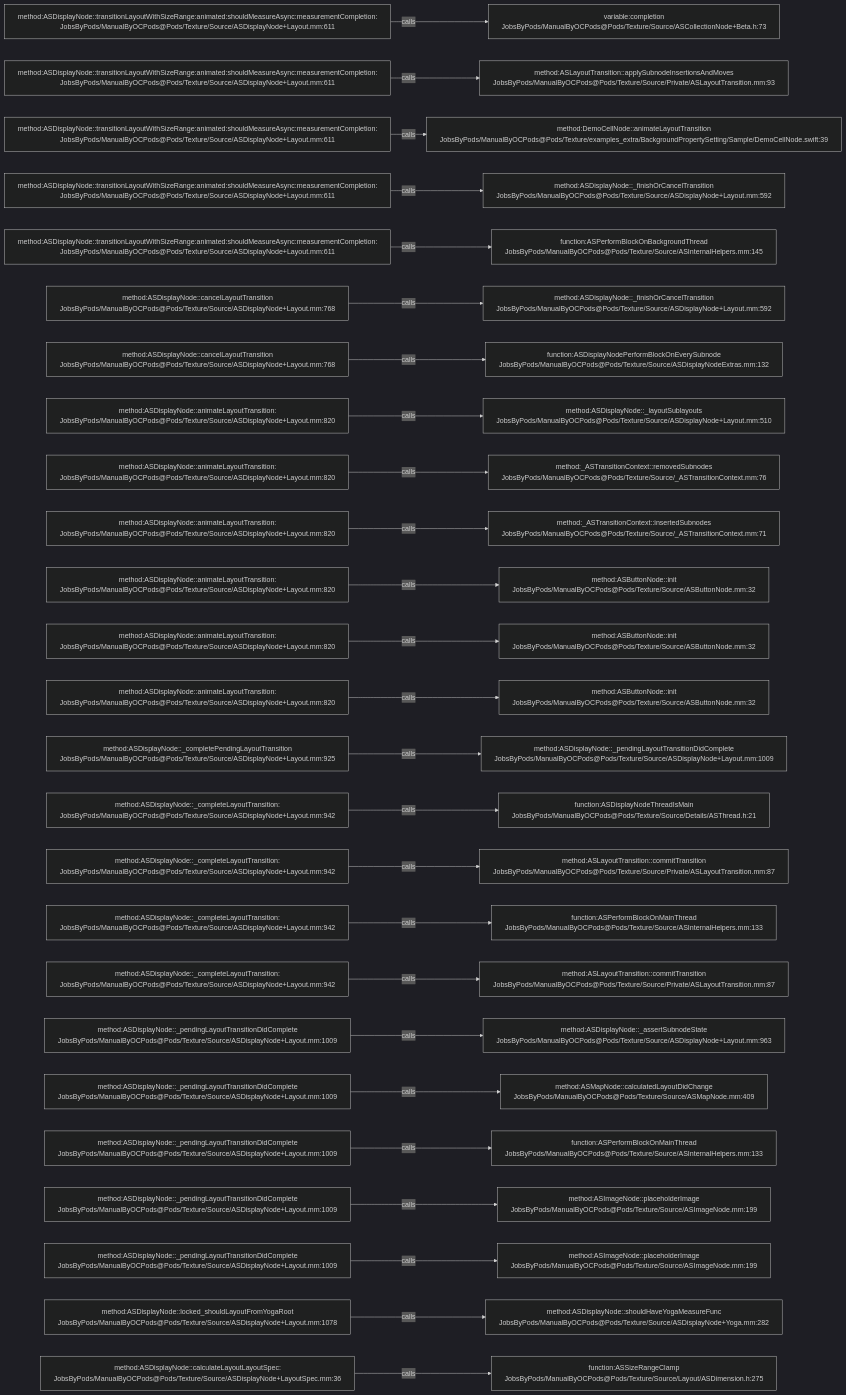
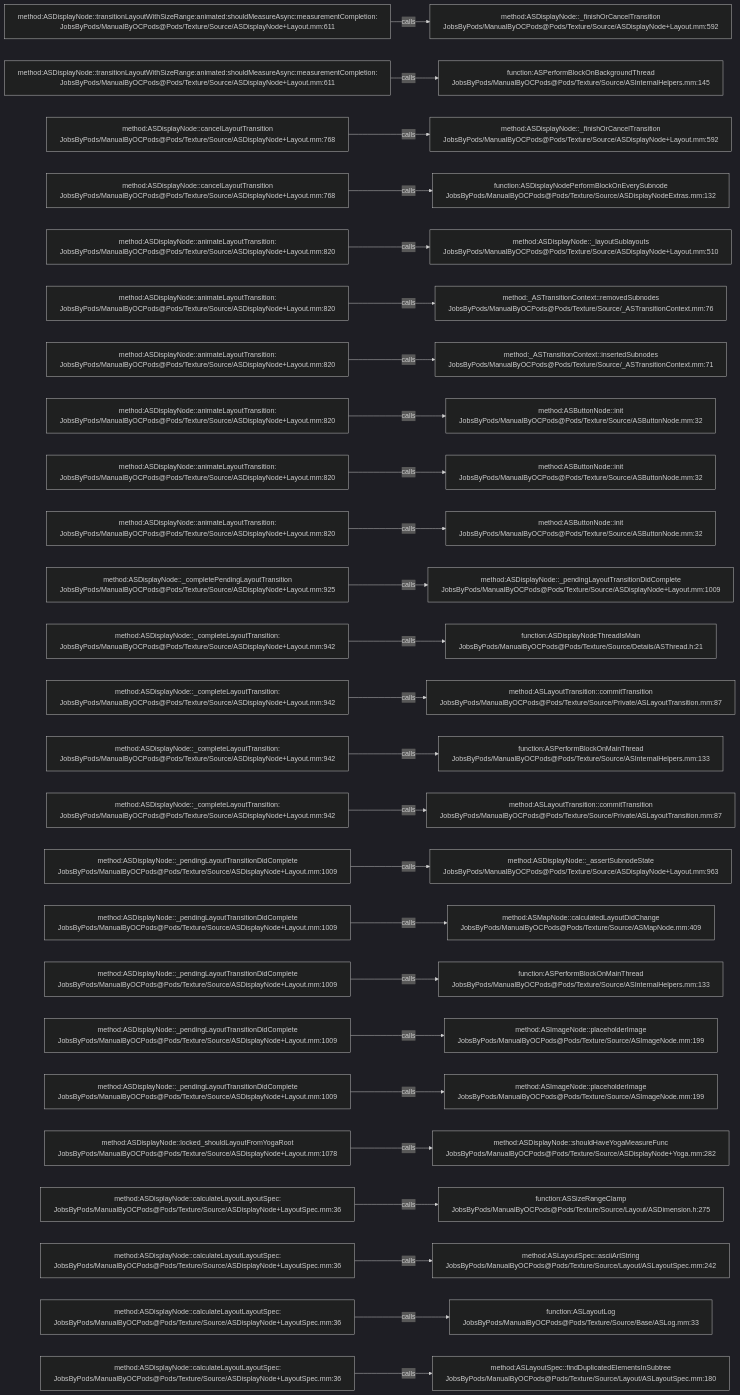
Before and after one commit to JobsKits/JobsOCBaseConfigDemo: the diagram in .codegraph/codegraph.md/graphs/calls-095.md, drawn with Mermaid (dark theme). The commit also changed 342 other files, not shown here.

````diff
--- a/.codegraph/codegraph.md/graphs/calls-095.md
+++ b/.codegraph/codegraph.md/graphs/calls-095.md
@@ -13,78 +13,78 @@
 ```mermaid
 flowchart LR
   S1["method:ASDisplayNode::transitionLayoutWithSizeRange:animated:shouldMeasureAsync:measurementCompletion:<br/>JobsByPods/ManualByOCPods@Pods/Texture/Source/ASDisplayNode+Layout.mm:611"]
-  T1["variable:completion<br/>JobsByPods/ManualByOCPods@Pods/Texture/Source/ASCollectionNode+Beta.h:73"]
+  T1["method:ASDisplayNode::_finishOrCancelTransition<br/>JobsByPods/ManualByOCPods@Pods/Texture/Source/ASDisplayNode+Layout.mm:592"]
   S1 -->|calls| T1
   S2["method:ASDisplayNode::transitionLayoutWithSizeRange:animated:shouldMeasureAsync:measurementCompletion:<br/>JobsByPods/ManualByOCPods@Pods/Texture/Source/ASDisplayNode+Layout.mm:611"]
-  T2["method:ASLayoutTransition::applySubnodeInsertionsAndMoves<br/>JobsByPods/ManualByOCPods@Pods/Texture/Source/Private/ASLayoutTransition.mm:93"]
+  T2["function:ASPerformBlockOnBackgroundThread<br/>JobsByPods/ManualByOCPods@Pods/Texture/Source/ASInternalHelpers.mm:145"]
   S2 -->|calls| T2
-  S3["method:ASDisplayNode::transitionLayoutWithSizeRange:animated:shouldMeasureAsync:measurementCompletion:<br/>JobsByPods/ManualByOCPods@Pods/Texture/Source/ASDisplayNode+Layout.mm:611"]
-  T3["method:DemoCellNode::animateLayoutTransition<br/>JobsByPods/ManualByOCPods@Pods/Texture/examples_extra/BackgroundPropertySetting/Sample/DemoCellNode.swift:39"]
+  S3["method:ASDisplayNode::cancelLayoutTransition<br/>JobsByPods/ManualByOCPods@Pods/Texture/Source/ASDisplayNode+Layout.mm:768"]
+  T3["method:ASDisplayNode::_finishOrCancelTransition<br/>JobsByPods/ManualByOCPods@Pods/Texture/Source/ASDisplayNode+Layout.mm:592"]
   S3 -->|calls| T3
-  S4["method:ASDisplayNode::transitionLayoutWithSizeRange:animated:shouldMeasureAsync:measurementCompletion:<br/>JobsByPods/ManualByOCPods@Pods/Texture/Source/ASDisplayNode+Layout.mm:611"]
-  T4["method:ASDisplayNode::_finishOrCancelTransition<br/>JobsByPods/ManualByOCPods@Pods/Texture/Source/ASDisplayNode+Layout.mm:592"]
+  S4["method:ASDisplayNode::cancelLayoutTransition<br/>JobsByPods/ManualByOCPods@Pods/Texture/Source/ASDisplayNode+Layout.mm:768"]
+  T4["function:ASDisplayNodePerformBlockOnEverySubnode<br/>JobsByPods/ManualByOCPods@Pods/Texture/Source/ASDisplayNodeExtras.mm:132"]
   S4 -->|calls| T4
-  S5["method:ASDisplayNode::transitionLayoutWithSizeRange:animated:shouldMeasureAsync:measurementCompletion:<br/>JobsByPods/ManualByOCPods@Pods/Texture/Source/ASDisplayNode+Layout.mm:611"]
-  T5["function:ASPerformBlockOnBackgroundThread<br/>JobsByPods/ManualByOCPods@Pods/Texture/Source/ASInternalHelpers.mm:145"]
+  S5["method:ASDisplayNode::animateLayoutTransition:<br/>JobsByPods/ManualByOCPods@Pods/Texture/Source/ASDisplayNode+Layout.mm:820"]
+  T5["method:ASDisplayNode::_layoutSublayouts<br/>JobsByPods/ManualByOCPods@Pods/Texture/Source/ASDisplayNode+Layout.mm:510"]
   S5 -->|calls| T5
-  S6["method:ASDisplayNode::cancelLayoutTransition<br/>JobsByPods/ManualByOCPods@Pods/Texture/Source/ASDisplayNode+Layout.mm:768"]
-  T6["method:ASDisplayNode::_finishOrCancelTransition<br/>JobsByPods/ManualByOCPods@Pods/Texture/Source/ASDisplayNode+Layout.mm:592"]
+  S6["method:ASDisplayNode::animateLayoutTransition:<br/>JobsByPods/ManualByOCPods@Pods/Texture/Source/ASDisplayNode+Layout.mm:820"]
+  T6["method:_ASTransitionContext::removedSubnodes<br/>JobsByPods/ManualByOCPods@Pods/Texture/Source/_ASTransitionContext.mm:76"]
   S6 -->|calls| T6
-  S7["method:ASDisplayNode::cancelLayoutTransition<br/>JobsByPods/ManualByOCPods@Pods/Texture/Source/ASDisplayNode+Layout.mm:768"]
-  T7["function:ASDisplayNodePerformBlockOnEverySubnode<br/>JobsByPods/ManualByOCPods@Pods/Texture/Source/ASDisplayNodeExtras.mm:132"]
+  S7["method:ASDisplayNode::animateLayoutTransition:<br/>JobsByPods/ManualByOCPods@Pods/Texture/Source/ASDisplayNode+Layout.mm:820"]
+  T7["method:_ASTransitionContext::insertedSubnodes<br/>JobsByPods/ManualByOCPods@Pods/Texture/Source/_ASTransitionContext.mm:71"]
   S7 -->|calls| T7
   S8["method:ASDisplayNode::animateLayoutTransition:<br/>JobsByPods/ManualByOCPods@Pods/Texture/Source/ASDisplayNode+Layout.mm:820"]
-  T8["method:ASDisplayNode::_layoutSublayouts<br/>JobsByPods/ManualByOCPods@Pods/Texture/Source/ASDisplayNode+Layout.mm:510"]
+  T8["method:ASButtonNode::init<br/>JobsByPods/ManualByOCPods@Pods/Texture/Source/ASButtonNode.mm:32"]
   S8 -->|calls| T8
   S9["method:ASDisplayNode::animateLayoutTransition:<br/>JobsByPods/ManualByOCPods@Pods/Texture/Source/ASDisplayNode+Layout.mm:820"]
-  T9["method:_ASTransitionContext::removedSubnodes<br/>JobsByPods/ManualByOCPods@Pods/Texture/Source/_ASTransitionContext.mm:76"]
+  T9["method:ASButtonNode::init<br/>JobsByPods/ManualByOCPods@Pods/Texture/Source/ASButtonNode.mm:32"]
   S9 -->|calls| T9
   S10["method:ASDisplayNode::animateLayoutTransition:<br/>JobsByPods/ManualByOCPods@Pods/Texture/Source/ASDisplayNode+Layout.mm:820"]
-  T10["method:_ASTransitionContext::insertedSubnodes<br/>JobsByPods/ManualByOCPods@Pods/Texture/Source/_ASTransitionContext.mm:71"]
+  T10["method:ASButtonNode::init<br/>JobsByPods/ManualByOCPods@Pods/Texture/Source/ASButtonNode.mm:32"]
   S10 -->|calls| T10
-  S11["method:ASDisplayNode::animateLayoutTransition:<br/>JobsByPods/ManualByOCPods@Pods/Texture/Source/ASDisplayNode+Layout.mm:820"]
-  T11["method:ASButtonNode::init<br/>JobsByPods/ManualByOCPods@Pods/Texture/Source/ASButtonNode.mm:32"]
+  S11["method:ASDisplayNode::_completePendingLayoutTransition<br/>JobsByPods/ManualByOCPods@Pods/Texture/Source/ASDisplayNode+Layout.mm:925"]
+  T11["method:ASDisplayNode::_pendingLayoutTransitionDidComplete<br/>JobsByPods/ManualByOCPods@Pods/Texture/Source/ASDisplayNode+Layout.mm:1009"]
   S11 -->|calls| T11
-  S12["method:ASDisplayNode::animateLayoutTransition:<br/>JobsByPods/ManualByOCPods@Pods/Texture/Source/ASDisplayNode+Layout.mm:820"]
-  T12["method:ASButtonNode::init<br/>JobsByPods/ManualByOCPods@Pods/Texture/Source/ASButtonNode.mm:32"]
+  S12["method:ASDisplayNode::_completeLayoutTransition:<br/>JobsByPods/ManualByOCPods@Pods/Texture/Source/ASDisplayNode+Layout.mm:942"]
+  T12["function:ASDisplayNodeThreadIsMain<br/>JobsByPods/ManualByOCPods@Pods/Texture/Source/Details/ASThread.h:21"]
   S12 -->|calls| T12
-  S13["method:ASDisplayNode::animateLayoutTransition:<br/>JobsByPods/ManualByOCPods@Pods/Texture/Source/ASDisplayNode+Layout.mm:820"]
-  T13["method:ASButtonNode::init<br/>JobsByPods/ManualByOCPods@Pods/Texture/Source/ASButtonNode.mm:32"]
+  S13["method:ASDisplayNode::_completeLayoutTransition:<br/>JobsByPods/ManualByOCPods@Pods/Texture/Source/ASDisplayNode+Layout.mm:942"]
+  T13["method:ASLayoutTransition::commitTransition<br/>JobsByPods/ManualByOCPods@Pods/Texture/Source/Private/ASLayoutTransition.mm:87"]
   S13 -->|calls| T13
-  S14["method:ASDisplayNode::_completePendingLayoutTransition<br/>JobsByPods/ManualByOCPods@Pods/Texture/Source/ASDisplayNode+Layout.mm:925"]
-  T14["method:ASDisplayNode::_pendingLayoutTransitionDidComplete<br/>JobsByPods/ManualByOCPods@Pods/Texture/Source/ASDisplayNode+Layout.mm:1009"]
+  S14["method:ASDisplayNode::_completeLayoutTransition:<br/>JobsByPods/ManualByOCPods@Pods/Texture/Source/ASDisplayNode+Layout.mm:942"]
+  T14["function:ASPerformBlockOnMainThread<br/>JobsByPods/ManualByOCPods@Pods/Texture/Source/ASInternalHelpers.mm:133"]
   S14 -->|calls| T14
   S15["method:ASDisplayNode::_completeLayoutTransition:<br/>JobsByPods/ManualByOCPods@Pods/Texture/Source/ASDisplayNode+Layout.mm:942"]
-  T15["function:ASDisplayNodeThreadIsMain<br/>JobsByPods/ManualByOCPods@Pods/Texture/Source/Details/ASThread.h:21"]
+  T15["method:ASLayoutTransition::commitTransition<br/>JobsByPods/ManualByOCPods@Pods/Texture/Source/Private/ASLayoutTransition.mm:87"]
   S15 -->|calls| T15
-  S16["method:ASDisplayNode::_completeLayoutTransition:<br/>JobsByPods/ManualByOCPods@Pods/Texture/Source/ASDisplayNode+Layout.mm:942"]
-  T16["method:ASLayoutTransition::commitTransition<br/>JobsByPods/ManualByOCPods@Pods/Texture/Source/Private/ASLayoutTransition.mm:87"]
+  S16["method:ASDisplayNode::_pendingLayoutTransitionDidComplete<br/>JobsByPods/ManualByOCPods@Pods/Texture/Source/ASDisplayNode+Layout.mm:1009"]
+  T16["method:ASDisplayNode::_assertSubnodeState<br/>JobsByPods/ManualByOCPods@Pods/Texture/Source/ASDisplayNode+Layout.mm:963"]
   S16 -->|calls| T16
-  S17["method:ASDisplayNode::_completeLayoutTransition:<br/>JobsByPods/ManualByOCPods@Pods/Texture/Source/ASDisplayNode+Layout.mm:942"]
-  T17["function:ASPerformBlockOnMainThread<br/>JobsByPods/ManualByOCPods@Pods/Texture/Source/ASInternalHelpers.mm:133"]
+  S17["method:ASDisplayNode::_pendingLayoutTransitionDidComplete<br/>JobsByPods/ManualByOCPods@Pods/Texture/Source/ASDisplayNode+Layout.mm:1009"]
+  T17["method:ASMapNode::calculatedLayoutDidChange<br/>JobsByPods/ManualByOCPods@Pods/Texture/Source/ASMapNode.mm:409"]
   S17 -->|calls| T17
-  S18["method:ASDisplayNode::_completeLayoutTransition:<br/>JobsByPods/ManualByOCPods@Pods/Texture/Source/ASDisplayNode+Layout.mm:942"]
-  T18["method:ASLayoutTransition::commitTransition<br/>JobsByPods/ManualByOCPods@Pods/Texture/Source/Private/ASLayoutTransition.mm:87"]
+  S18["method:ASDisplayNode::_pendingLayoutTransitionDidComplete<br/>JobsByPods/ManualByOCPods@Pods/Texture/Source/ASDisplayNode+Layout.mm:1009"]
+  T18["function:ASPerformBlockOnMainThread<br/>JobsByPods/ManualByOCPods@Pods/Texture/Source/ASInternalHelpers.mm:133"]
   S18 -->|calls| T18
   S19["method:ASDisplayNode::_pendingLayoutTransitionDidComplete<br/>JobsByPods/ManualByOCPods@Pods/Texture/Source/ASDisplayNode+Layout.mm:1009"]
-  T19["method:ASDisplayNode::_assertSubnodeState<br/>JobsByPods/ManualByOCPods@Pods/Texture/Source/ASDisplayNode+Layout.mm:963"]
+  T19["method:ASImageNode::placeholderImage<br/>JobsByPods/ManualByOCPods@Pods/Texture/Source/ASImageNode.mm:199"]
   S19 -->|calls| T19
   S20["method:ASDisplayNode::_pendingLayoutTransitionDidComplete<br/>JobsByPods/ManualByOCPods@Pods/Texture/Source/ASDisplayNode+Layout.mm:1009"]
-  T20["method:ASMapNode::calculatedLayoutDidChange<br/>JobsByPods/ManualByOCPods@Pods/Texture/Source/ASMapNode.mm:409"]
+  T20["method:ASImageNode::placeholderImage<br/>JobsByPods/ManualByOCPods@Pods/Texture/Source/ASImageNode.mm:199"]
   S20 -->|calls| T20
-  S21["method:ASDisplayNode::_pendingLayoutTransitionDidComplete<br/>JobsByPods/ManualByOCPods@Pods/Texture/Source/ASDisplayNode+Layout.mm:1009"]
-  T21["function:ASPerformBlockOnMainThread<br/>JobsByPods/ManualByOCPods@Pods/Texture/Source/ASInternalHelpers.mm:133"]
+  S21["method:ASDisplayNode::locked_shouldLayoutFromYogaRoot<br/>JobsByPods/ManualByOCPods@Pods/Texture/Source/ASDisplayNode+Layout.mm:1078"]
+  T21["method:ASDisplayNode::shouldHaveYogaMeasureFunc<br/>JobsByPods/ManualByOCPods@Pods/Texture/Source/ASDisplayNode+Yoga.mm:282"]
   S21 -->|calls| T21
-  S22["method:ASDisplayNode::_pendingLayoutTransitionDidComplete<br/>JobsByPods/ManualByOCPods@Pods/Texture/Source/ASDisplayNode+Layout.mm:1009"]
-  T22["method:ASImageNode::placeholderImage<br/>JobsByPods/ManualByOCPods@Pods/Texture/Source/ASImageNode.mm:199"]
+  S22["method:ASDisplayNode::calculateLayoutLayoutSpec:<br/>JobsByPods/ManualByOCPods@Pods/Texture/Source/ASDisplayNode+LayoutSpec.mm:36"]
+  T22["function:ASSizeRangeClamp<br/>JobsByPods/ManualByOCPods@Pods/Texture/Source/Layout/ASDimension.h:275"]
   S22 -->|calls| T22
-  S23["method:ASDisplayNode::_pendingLayoutTransitionDidComplete<br/>JobsByPods/ManualByOCPods@Pods/Texture/Source/ASDisplayNode+Layout.mm:1009"]
-  T23["method:ASImageNode::placeholderImage<br/>JobsByPods/ManualByOCPods@Pods/Texture/Source/ASImageNode.mm:199"]
+  S23["method:ASDisplayNode::calculateLayoutLayoutSpec:<br/>JobsByPods/ManualByOCPods@Pods/Texture/Source/ASDisplayNode+LayoutSpec.mm:36"]
+  T23["method:ASLayoutSpec::asciiArtString<br/>JobsByPods/ManualByOCPods@Pods/Texture/Source/Layout/ASLayoutSpec.mm:242"]
   S23 -->|calls| T23
-  S24["method:ASDisplayNode::locked_shouldLayoutFromYogaRoot<br/>JobsByPods/ManualByOCPods@Pods/Texture/Source/ASDisplayNode+Layout.mm:1078"]
-  T24["method:ASDisplayNode::shouldHaveYogaMeasureFunc<br/>JobsByPods/ManualByOCPods@Pods/Texture/Source/ASDisplayNode+Yoga.mm:282"]
+  S24["method:ASDisplayNode::calculateLayoutLayoutSpec:<br/>JobsByPods/ManualByOCPods@Pods/Texture/Source/ASDisplayNode+LayoutSpec.mm:36"]
+  T24["function:ASLayoutLog<br/>JobsByPods/ManualByOCPods@Pods/Texture/Source/Base/ASLog.mm:33"]
   S24 -->|calls| T24
   S25["method:ASDisplayNode::calculateLayoutLayoutSpec:<br/>JobsByPods/ManualByOCPods@Pods/Texture/Source/ASDisplayNode+LayoutSpec.mm:36"]
-  T25["function:ASSizeRangeClamp<br/>JobsByPods/ManualByOCPods@Pods/Texture/Source/Layout/ASDimension.h:275"]
+  T25["method:ASLayoutSpec::findDuplicatedElementsInSubtree<br/>JobsByPods/ManualByOCPods@Pods/Texture/Source/Layout/ASLayoutSpec.mm:180"]
   S25 -->|calls| T25
 ```
````
